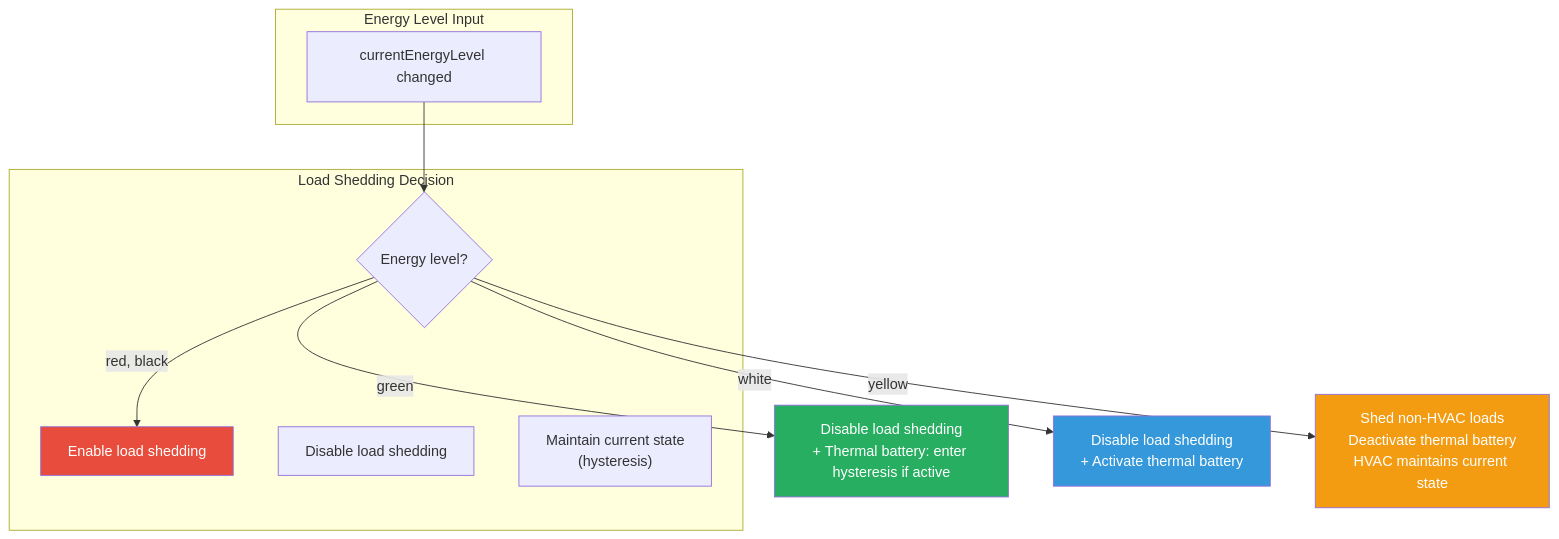
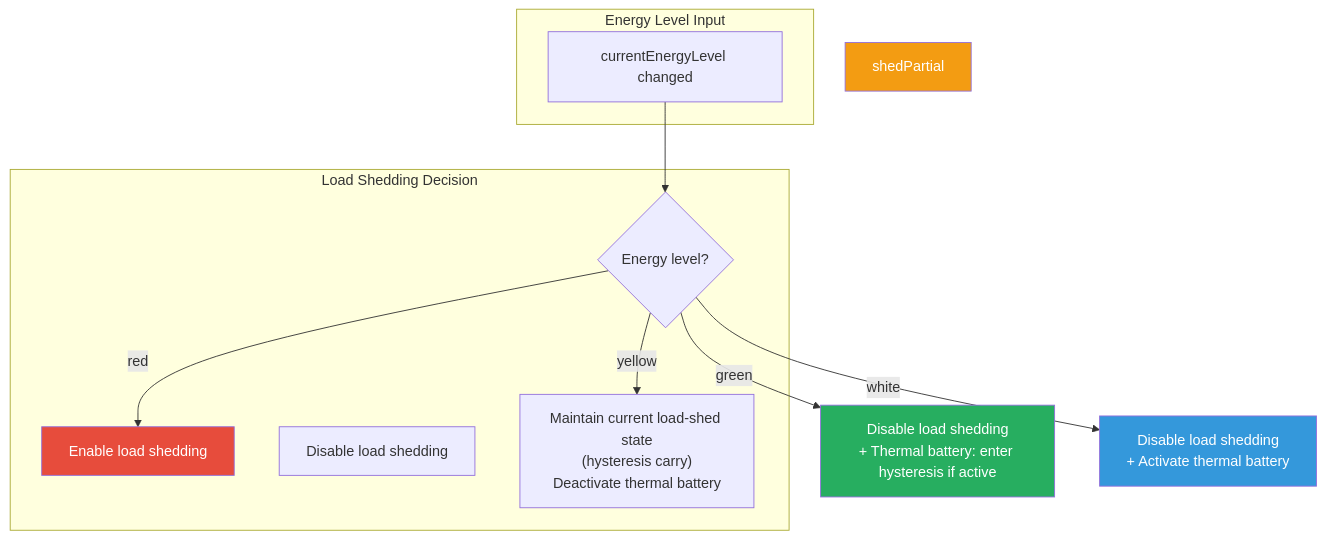
One commit to NickBorgers/home-automation changed the first of 7 diagrams in docs/flows/LOAD_SHEDDING.md. Above: the diagram before and after it, drawn with Mermaid. The commit also changed other lines of this file and 14 other files, not shown here.

````diff
--- a/docs/flows/LOAD_SHEDDING.md
+++ b/docs/flows/LOAD_SHEDDING.md
@@ -15,24 +15,24 @@
 ```mermaid
 flowchart TD
     subgraph Input["Energy Level Input"]
         currentLevel["currentEnergyLevel changed"]
     end
 
     subgraph Decision["Load Shedding Decision"]
         checkLevel{"Energy level?"}
         enableLS["Enable load shedding"]
         disableLS["Disable load shedding"]
         maintain["Maintain current state<br/>(hysteresis)"]
     end
 
     currentLevel --> checkLevel
-    checkLevel -->|red, black| enableLS
+    checkLevel -->|red| enableLS
     checkLevel -->|green| greenAction["Disable load shedding<br/>+ Thermal battery: enter hysteresis if active"]
     checkLevel -->|white| thermalBattery["Disable load shedding<br/>+ Activate thermal battery"]
-    checkLevel -->|yellow| shedPartial["Shed non-HVAC loads<br/>Deactivate thermal battery<br/>HVAC maintains current state"]
+    checkLevel -->|yellow| maintain["Maintain current load-shed state<br/>(hysteresis carry)<br/>Deactivate thermal battery"]
 
     style enableLS fill:#e74c3c,color:#fff
     style greenAction fill:#27ae60,color:#fff
     style thermalBattery fill:#3498db,color:#fff
     style shedPartial fill:#f39c12,color:#fff
 ```
````
